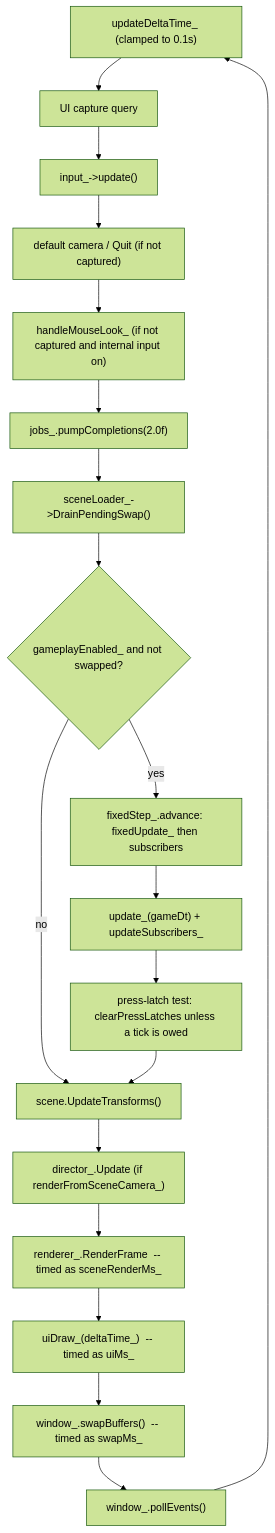
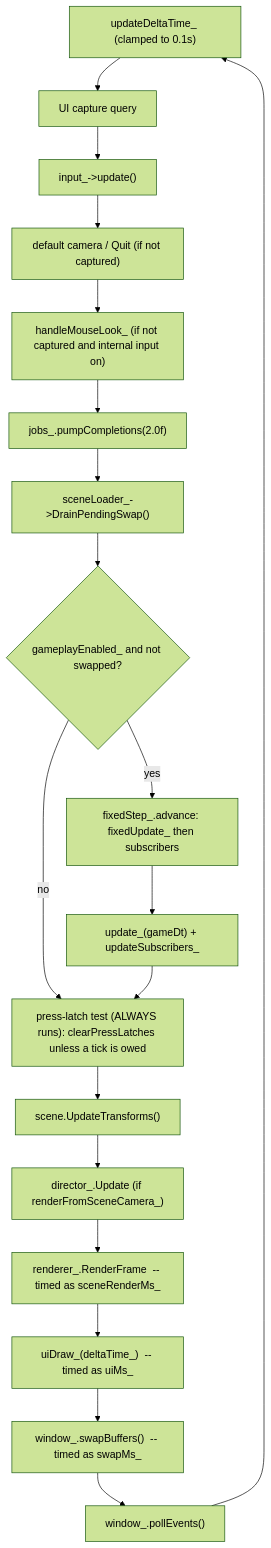
One commit to hisham-CSS/GameEngineFramework changed the diagram in docs/manual/architecture.md. Above: the diagram before and after it, drawn with Mermaid (forest theme). The commit also changed other lines of this file and 2 other files, not shown here.

````diff
--- a/docs/manual/architecture.md
+++ b/docs/manual/architecture.md
@@ -173,21 +173,21 @@
 ```mermaid
 flowchart TD
     A["updateDeltaTime_ (clamped to 0.1s)"] --> B["UI capture query"]
     B --> C["input_->update()"]
     C --> D["default camera / Quit (if not captured)"]
     D --> E["handleMouseLook_ (if not captured and internal input on)"]
     E --> F["jobs_.pumpCompletions(2.0f)"]
     F --> F2["sceneLoader_->DrainPendingSwap()"]
     F2 --> G{"gameplayEnabled_ and not swapped?"}
     G -- yes --> H["fixedStep_.advance: fixedUpdate_ then subscribers"]
     H --> I["update_(gameDt) + updateSubscribers_"]
-    G -- no --> J
-    I --> P["press-latch test: clearPressLatches unless a tick is owed"]
+    G -- no --> P
+    I --> P["press-latch test (ALWAYS runs): clearPressLatches unless a tick is owed"]
     P --> J["scene.UpdateTransforms()"]
     J --> K["director_.Update (if renderFromSceneCamera_)"]
     K --> L["renderer_.RenderFrame  -- timed as sceneRenderMs_"]
     L --> M["uiDraw_(deltaTime_)  -- timed as uiMs_"]
     M --> N["window_.swapBuffers()  -- timed as swapMs_"]
     N --> O["window_.pollEvents()"]
     O --> A
 ```
````
